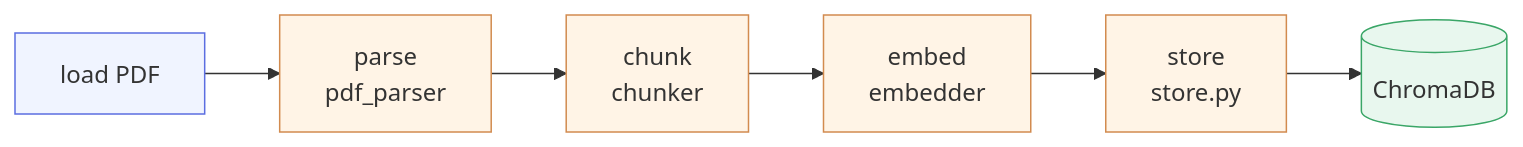
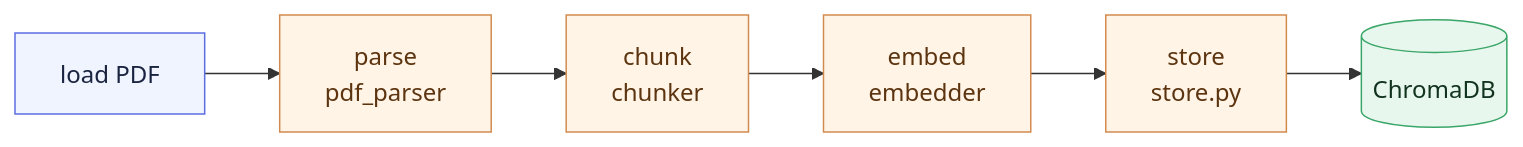
The first of 2 diagrams in chapter_3/l4/README.md (LinkedInLearning/docker-for-local-ai-app-development-build-lightweight-containerized-ai-applications-11189001), drawn with Mermaid before and after one commit. The commit also changed other lines of this file and 25 other files, not shown here.

````diff
--- a/chapter_3/l4/README.md
+++ b/chapter_3/l4/README.md
@@ -80,15 +80,15 @@
 ```mermaid
 flowchart LR
     PDF[load PDF] --> Parse[parse<br/>pdf_parser]
     Parse --> Chunk[chunk<br/>chunker]
     Chunk --> Embed[embed<br/>embedder]
     Embed --> Store[store<br/>store.py]
     Store --> DB[(ChromaDB)]
 
-    classDef data fill:#f0f4ff,stroke:#5b6ee1,stroke-width:1px;
-    classDef action fill:#fff4e6,stroke:#d28b4f,stroke-width:1px;
-    classDef runtime fill:#e8f7ee,stroke:#3aa667,stroke-width:1px;
+    classDef data fill:#f0f4ff,stroke:#5b6ee1,stroke-width:1px,color:#1a2440;
+    classDef action fill:#fff4e6,stroke:#d28b4f,stroke-width:1px,color:#5c3410;
+    classDef runtime fill:#e8f7ee,stroke:#3aa667,stroke-width:1px,color:#12341f;
     class PDF data;
     class Parse,Chunk,Embed,Store action;
     class DB runtime;
 ```
````
